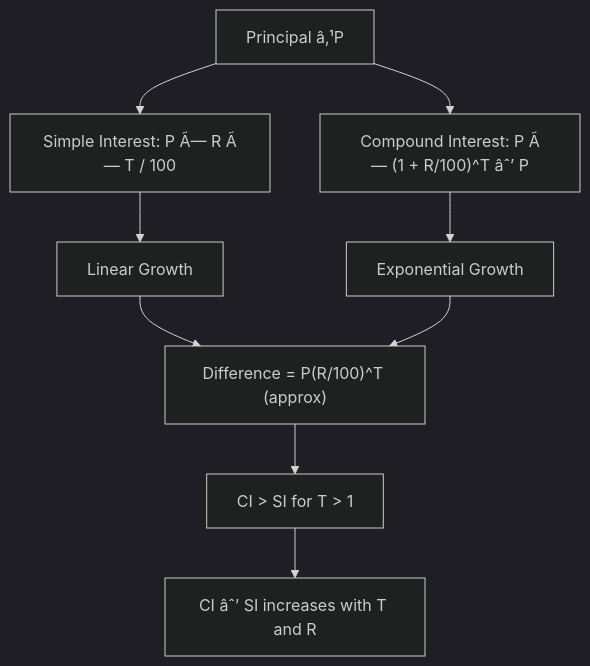
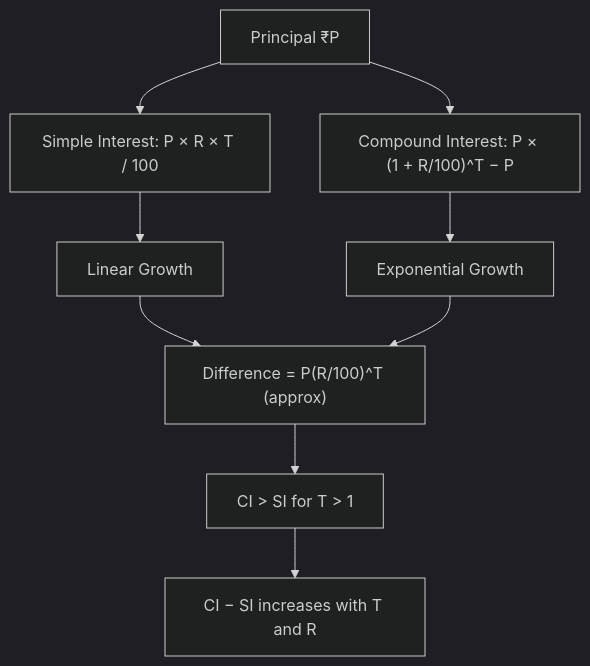
Before and after one commit to Raushan666java/ai-engineering-journey: the seventh of 11 diagrams in docs/courses/quantitative-aptitude/01-arithmetic-foundation.md, drawn with Mermaid (dark theme). The commit also changed other lines of this file and 965 other files, not shown here.

````diff
--- a/docs/courses/quantitative-aptitude/01-arithmetic-foundation.md
+++ b/docs/courses/quantitative-aptitude/01-arithmetic-foundation.md
@@ -1055,11 +1055,11 @@
 ```mermaid
 flowchart TD
-    A["Principal â‚¹P"] --> B["Simple Interest: P Ã— R Ã— T / 100"]
-    A --> C["Compound Interest: P Ã— (1 + R/100)^T âˆ’ P"]
+    A["Principal ₹P"] --> B["Simple Interest: P × R × T / 100"]
+    A --> C["Compound Interest: P × (1 + R/100)^T − P"]
     B --> D["Linear Growth"]
     C --> E["Exponential Growth"]
     D --> F["Difference = P(R/100)^T (approx)"]
     E --> F
     F --> G["CI > SI for T > 1"]
-    G --> H["CI âˆ’ SI increases with T and R"]
+    G --> H["CI − SI increases with T and R"]
 ```
````
